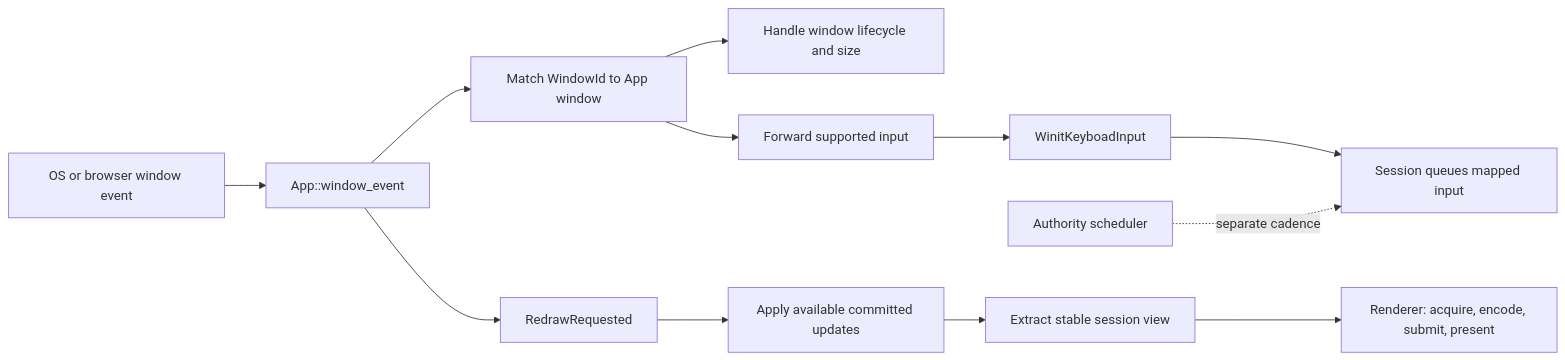
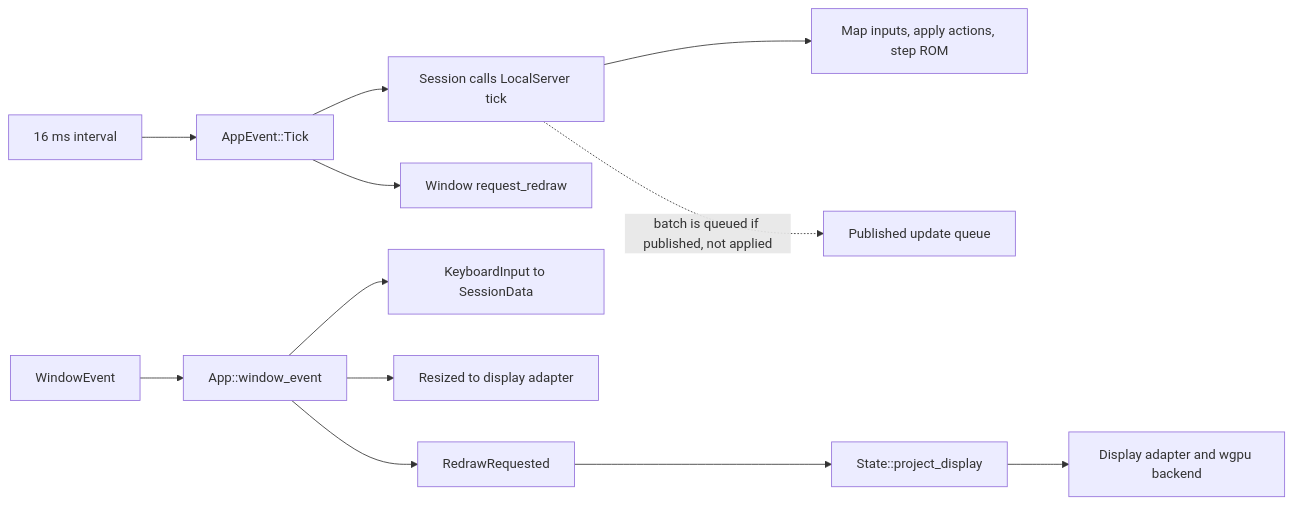
Before and after one commit to polychoroid/Anzu: the diagram in anzu-winit/window-events.md, drawn with Mermaid. The commit also changed other lines of this file and 15 other files, not shown here.

````diff
--- a/anzu-winit/window-events.md
+++ b/anzu-winit/window-events.md
@@ -11,14 +11,14 @@
 ```mermaid
 flowchart LR
-	OS[OS or browser window event] --> Callback[App::window_event]
-	Callback --> Match[Match WindowId to App window]
-	Match --> Host[Handle window lifecycle and size]
-	Match --> Input[Forward supported input]
-	Input --> Adapter[WinitKeyboadInput]
-	Adapter --> Session[Session queues mapped input]
+	Timer[16 ms interval] --> Tick[AppEvent::Tick]
+	Tick --> Server[Session calls LocalServer tick]
+	Server --> Action[Map inputs, apply actions, step ROM]
+	Server -. batch is queued if published, not applied .-> Updates[Published update queue]
+	Tick --> Request[Window request_redraw]
+	Event[WindowEvent] --> Callback[App::window_event]
+	Callback --> Input[KeyboardInput to SessionData]
+	Callback --> Resize[Resized to display adapter]
 	Callback --> Redraw[RedrawRequested]
-	Redraw --> Updates[Apply available committed updates]
-	Updates --> Extract[Extract stable session view]
-	Extract --> Render[Renderer: acquire, encode, submit, present]
-	Tick[Authority scheduler] -. separate cadence .-> Session
+	Redraw --> Project[State::project_display]
+	Project --> Render[Display adapter and wgpu backend]
 ```
````
